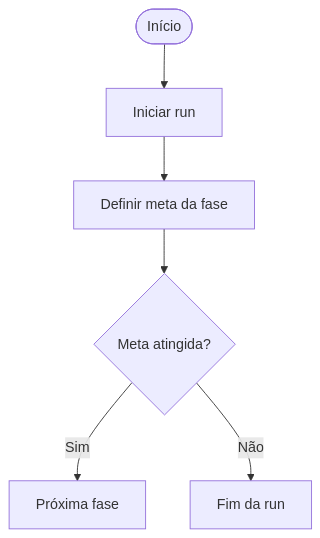
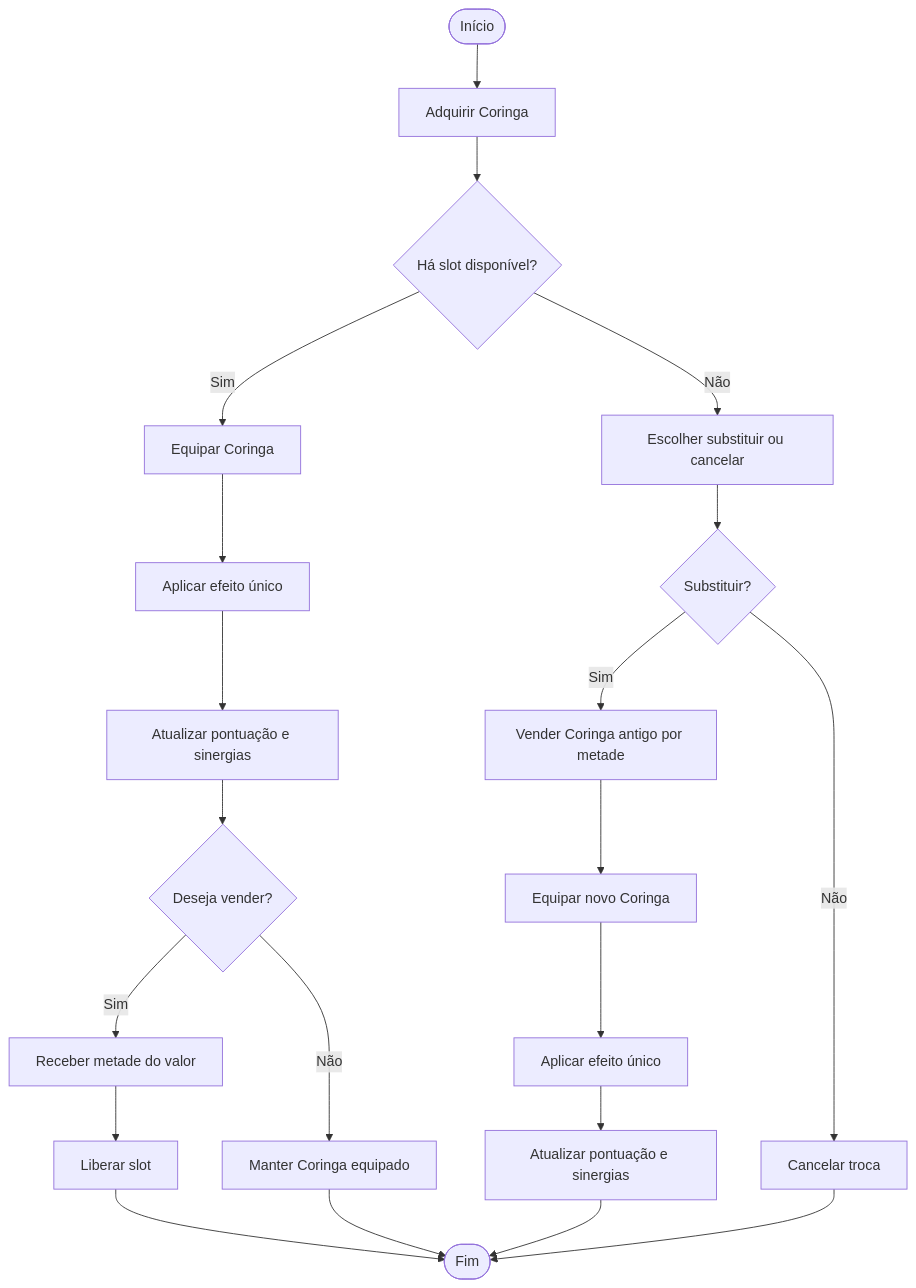
Before and after one commit to egs3-coder/Projeto-Interno: the eighth of 14 diagrams in README.md, drawn with Mermaid. The commit also changed other lines of this file, not shown here.

````diff
--- a/README.md
+++ b/README.md
@@ -139,8 +199,29 @@
 ```mermaid
 flowchart TD
-    A([Início]) --> B[Iniciar run]
-    B --> C[Definir meta da fase]
-    C --> D{Meta atingida?}
-    D -->|Sim| E[Próxima fase]
-    D -->|Não| F[Fim da run]
+A([Início]) --> B[Adquirir Coringa]
+    B --> C{Há slot disponível?}
+
+    C -->|Sim| D[Equipar Coringa]
+    D --> E[Aplicar efeito único]
+    E --> F[Atualizar pontuação e sinergias]
+    F --> G{Deseja vender?}
+
+    G -->|Sim| H[Receber metade do valor]
+    H --> I[Liberar slot]
+    I --> J([Fim])
+
+    G -->|Não| K[Manter Coringa equipado]
+    K --> J
+
+    C -->|Não| L[Escolher substituir ou cancelar]
+    L --> M{Substituir?}
+
+    M -->|Sim| N[Vender Coringa antigo por metade]
+    N --> O[Equipar novo Coringa]
+    O --> P[Aplicar efeito único]
+    P --> Q[Atualizar pontuação e sinergias]
+    Q --> J
+
+    M -->|Não| R[Cancelar troca]
+    R --> J
 ```
````
